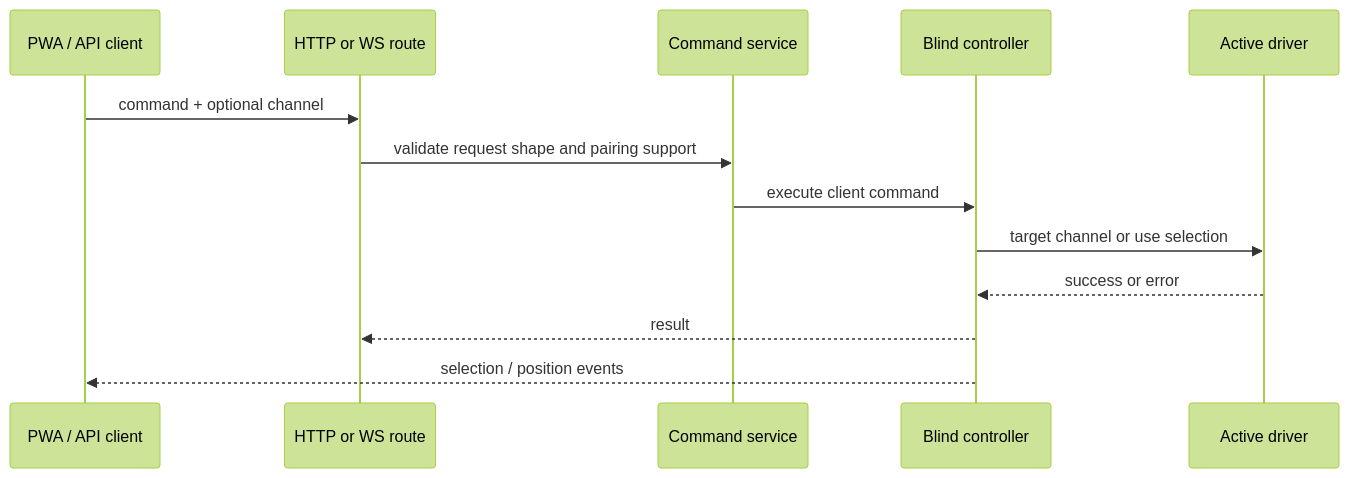
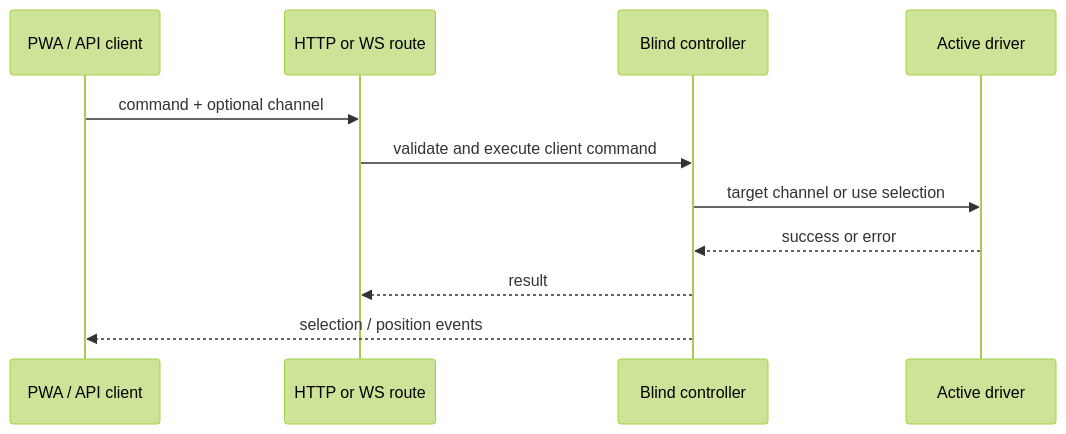
One commit to melkir/remote-gpio changed the third of 4 diagrams in docs/ARCHITECTURE.md. Above: the diagram before and after it, drawn with Mermaid (forest theme). The commit also changed other lines of this file, not shown here.

Commit message:
Refactor architecture documentation

````diff
--- a/docs/ARCHITECTURE.md
+++ b/docs/ARCHITECTURE.md
@@ -131,16 +129,14 @@
 ```mermaid
 sequenceDiagram
   participant UI as PWA / API client
   participant HTTP as HTTP or WS route
-  participant Service as Command service
   participant Controller as Blind controller
   participant Driver as Active driver
 
   UI->>HTTP: command + optional channel
-  HTTP->>Service: validate request shape and pairing support
-  Service->>Controller: execute client command
+  HTTP->>Controller: validate and execute client command
   Controller->>Driver: target channel or use selection
   Driver-->>Controller: success or error
   Controller-->>HTTP: result
   Controller-->>UI: selection / position events
 ```
````
